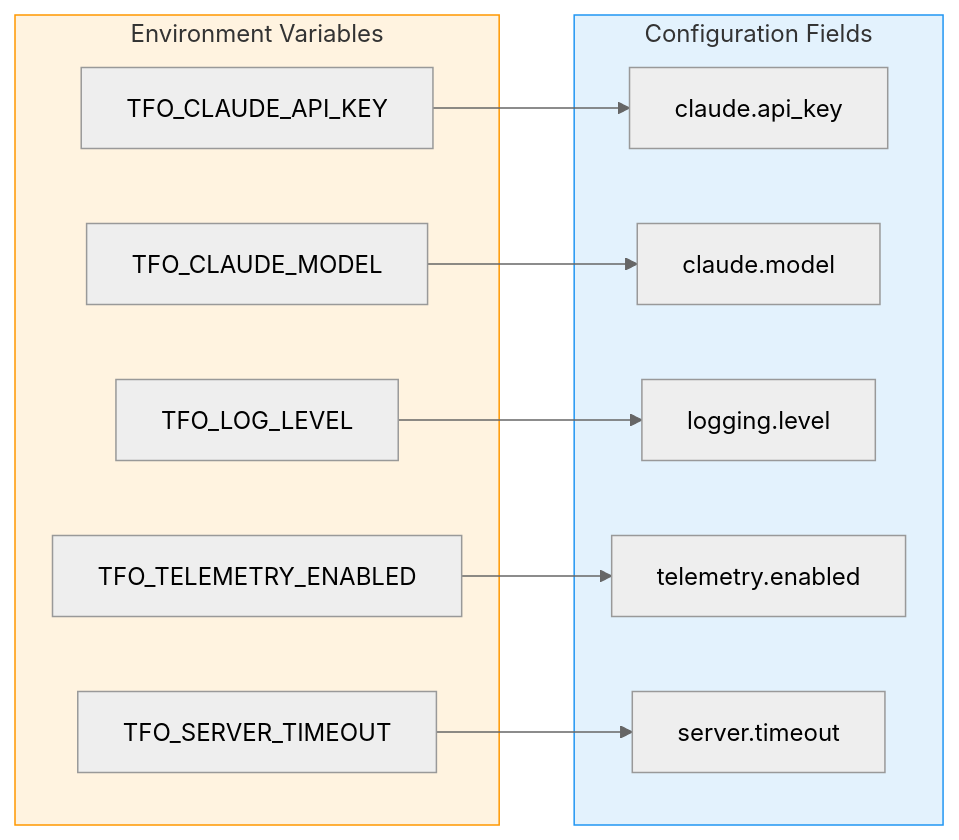
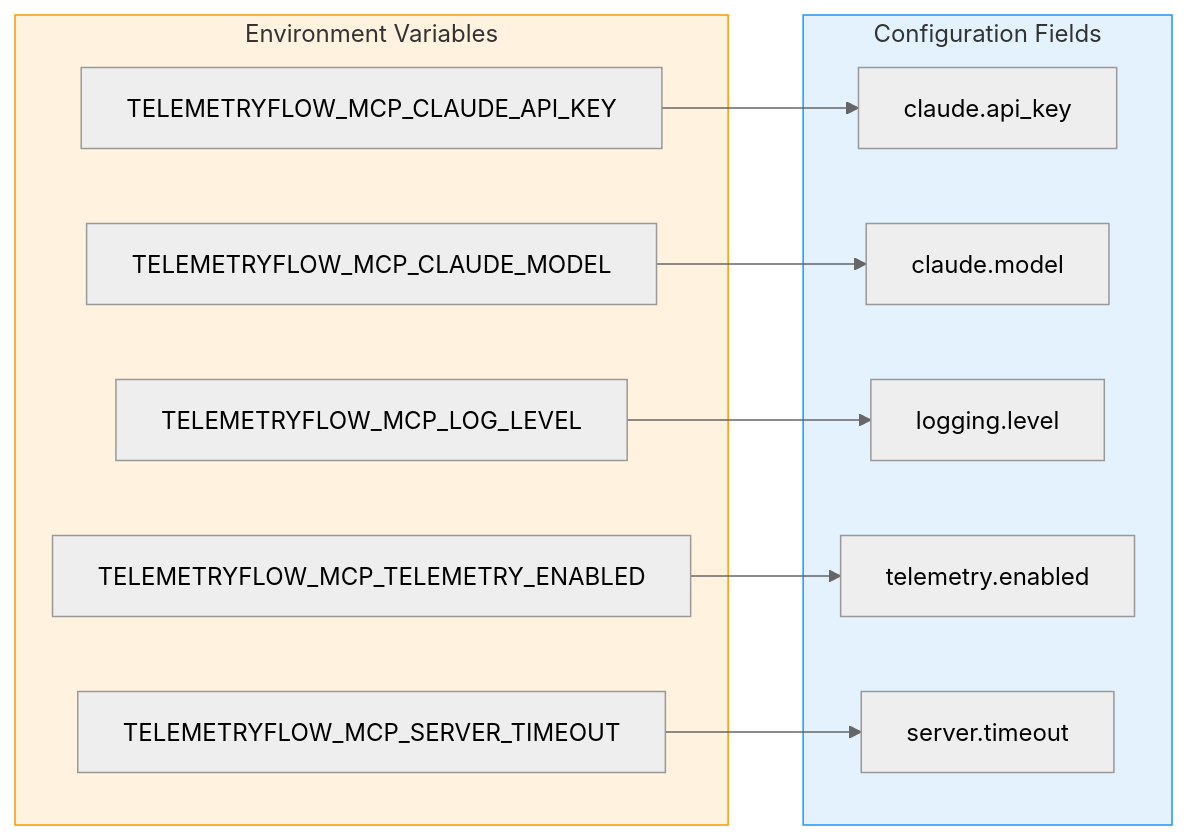
Before and after one commit to telemetryflow/telemetryflow-go-mcp: the sixth of 16 diagrams in docs/CONFIGURATION.md, drawn with Mermaid (neutral theme). The commit also changed other lines of this file and 65 other files, not shown here.

````diff
--- a/docs/CONFIGURATION.md
+++ b/docs/CONFIGURATION.md
@@ -300,27 +300,27 @@
 ```mermaid
 flowchart LR
     subgraph EnvVars["Environment Variables"]
-        E1["TFO_CLAUDE_API_KEY"]
-        E2["TFO_CLAUDE_MODEL"]
-        E3["TFO_LOG_LEVEL"]
-        E4["TFO_TELEMETRY_ENABLED"]
-        E5["TFO_SERVER_TIMEOUT"]
+        E1["TELEMETRYFLOW_MCP_CLAUDE_API_KEY"]
+        E2["TELEMETRYFLOW_MCP_CLAUDE_MODEL"]
+        E3["TELEMETRYFLOW_MCP_LOG_LEVEL"]
+        E4["TELEMETRYFLOW_MCP_TELEMETRY_ENABLED"]
+        E5["TELEMETRYFLOW_MCP_SERVER_TIMEOUT"]
     end
 
     subgraph Config["Configuration Fields"]
         C1["claude.api_key"]
         C2["claude.model"]
         C3["logging.level"]
         C4["telemetry.enabled"]
         C5["server.timeout"]
     end
 
     E1 --> C1
     E2 --> C2
     E3 --> C3
     E4 --> C4
     E5 --> C5
 
     style EnvVars fill:#fff3e0,stroke:#ff9800
     style Config fill:#e3f2fd,stroke:#2196f3
 ```
````
